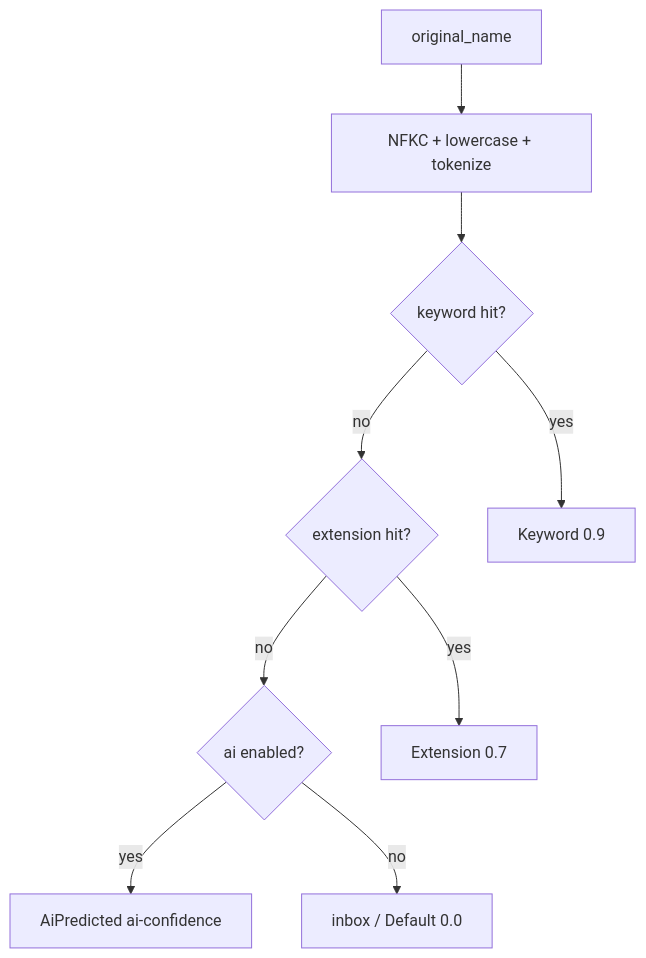
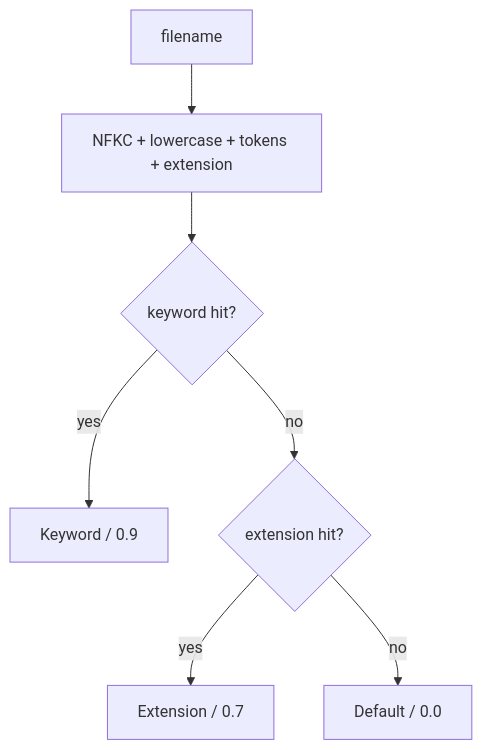
One commit to AreaSong/AreaMatrix changed the diagram in docs/modules/classify.md. Above: the diagram before and after it, drawn with Mermaid. The commit also changed other lines of this file and 221 other files, not shown here.

````diff
--- a/docs/modules/classify.md
+++ b/docs/modules/classify.md
@@ -41,21 +30,9 @@
 ```mermaid
 flowchart TB
-    Input[original_name]
-    Norm[NFKC + lowercase + tokenize]
-    L1{keyword hit?}
-    L2{extension hit?}
-    L3{ai enabled?}
-    R1[Keyword 0.9]
-    R2[Extension 0.7]
-    R3[AiPredicted ai-confidence]
-    Default[inbox / Default 0.0]
-
-    Input --> Norm
-    Norm --> L1
-    L1 -->|yes| R1
-    L1 -->|no| L2
-    L2 -->|yes| R2
-    L2 -->|no| L3
-    L3 -->|yes| R3
-    L3 -->|no| Default
+    input["filename"] --> normalize["NFKC + lowercase + tokens + extension"]
+    normalize --> keyword{"keyword hit?"}
+    keyword -->|yes| keywordResult["Keyword / 0.9"]
+    keyword -->|no| extension{"extension hit?"}
+    extension -->|yes| extensionResult["Extension / 0.7"]
+    extension -->|no| defaultResult["Default / 0.0"]
 ```
````
